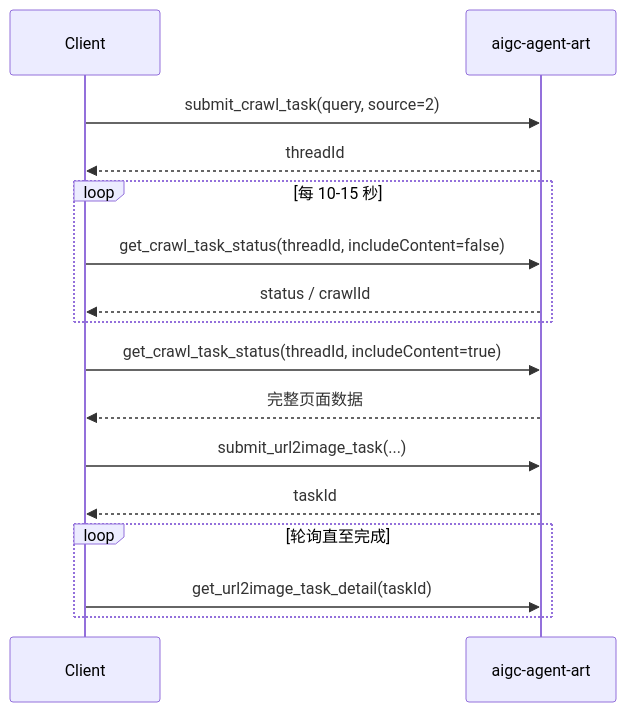
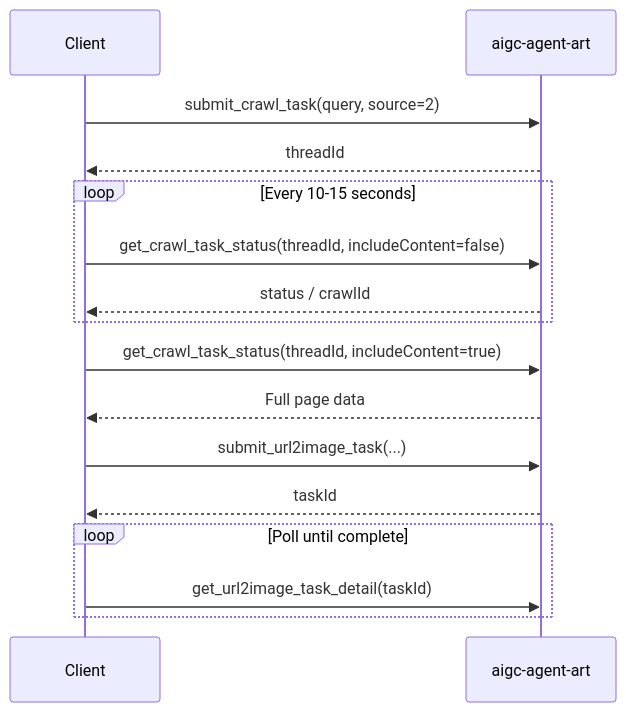
The diagram in README.md (liu20230626-cyber/kreadoai-mcp-skills), drawn with Mermaid before and after one commit. The commit also changed other lines of this file and 2 other files, not shown here.

````diff
--- a/README.md
+++ b/README.md
@@ -141,19 +141,19 @@
 ```mermaid
 sequenceDiagram
   participant Client
   participant MCP as aigc-agent-art
 
   Client->>MCP: submit_crawl_task(query, source=2)
   MCP-->>Client: threadId
-  loop 每 10-15 秒
+  loop Every 10-15 seconds
     Client->>MCP: get_crawl_task_status(threadId, includeContent=false)
     MCP-->>Client: status / crawlId
   end
   Client->>MCP: get_crawl_task_status(threadId, includeContent=true)
-  MCP-->>Client: 完整页面数据
+  MCP-->>Client: Full page data
   Client->>MCP: submit_url2image_task(...)
   MCP-->>Client: taskId
-  loop 轮询直至完成
+  loop Poll until complete
     Client->>MCP: get_url2image_task_detail(taskId)
   end
 ```
````
